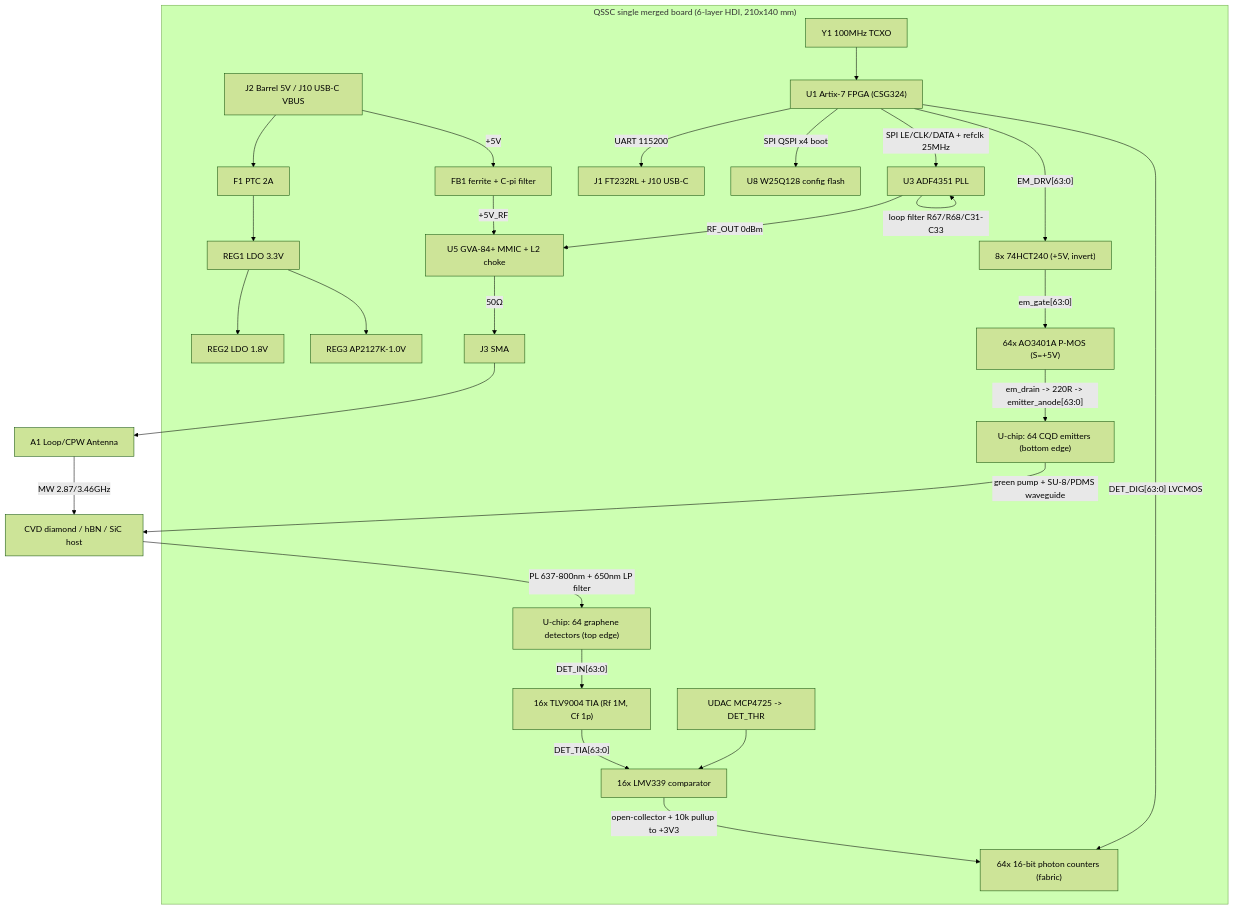
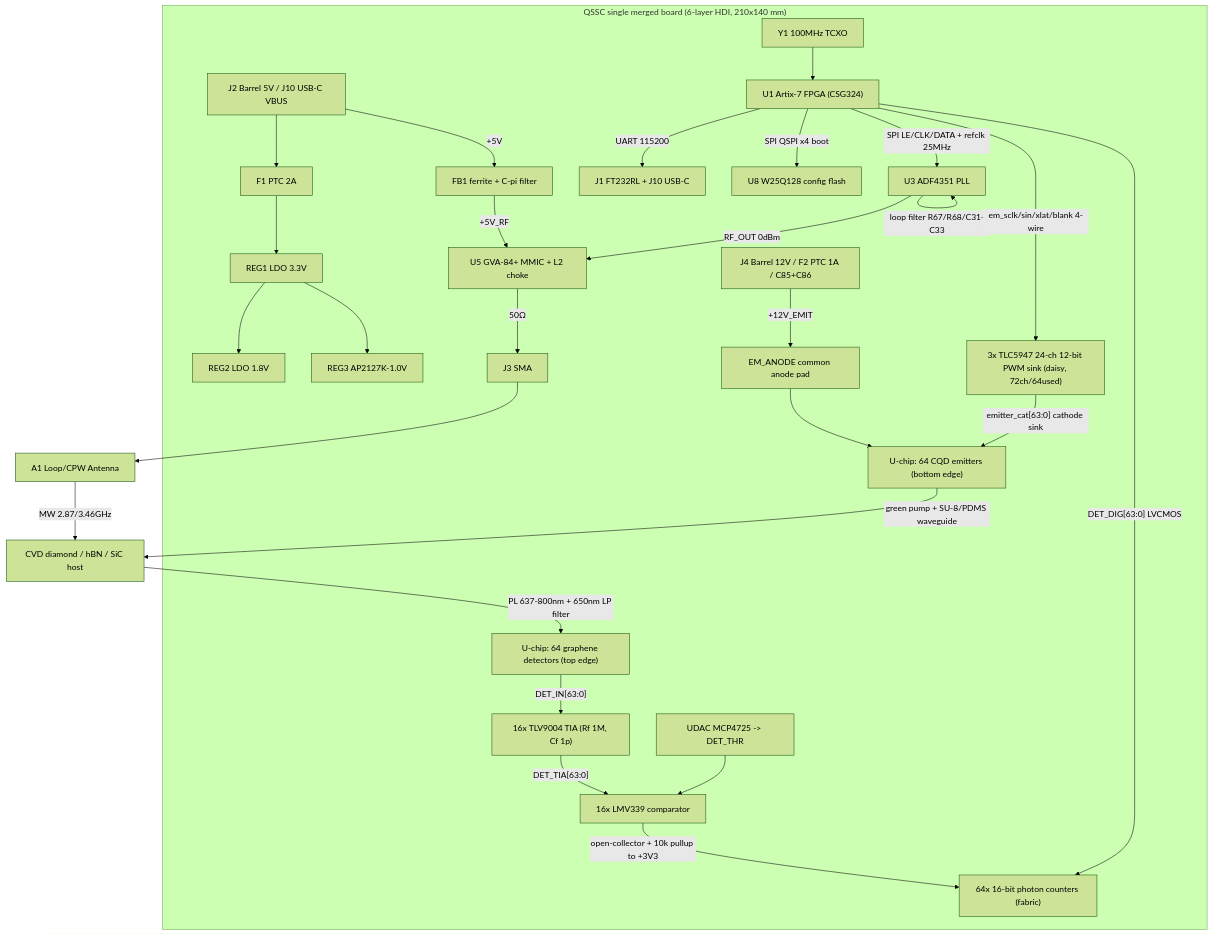
One commit to VABISMO/QSSC changed the first of 2 diagrams in hardware/HARDWARE_DESIGN.md. Above: the diagram before and after it, drawn with Mermaid (forest theme). The commit also changed other lines of this file and 1 other file, not shown here.

First line of the commit message:
docs(hardware): rewrite emitter driver to 3x TLC5947 + +12V_EMIT

````diff
--- a/hardware/HARDWARE_DESIGN.md
+++ b/hardware/HARDWARE_DESIGN.md
@@ -99,29 +122,30 @@
 ```mermaid
 flowchart TD
     subgraph Board["QSSC single merged board (6-layer HDI, 210x140 mm)"]
         J2["J2 Barrel 5V / J10 USB-C VBUS"] --> F1["F1 PTC 2A"] --> REG1["REG1 LDO 3.3V"]
         REG1 --> REG2["REG2 LDO 1.8V"]
         REG1 --> REG3["REG3 AP2127K-1.0V"]
         J2 -->|"+5V"| FB1["FB1 ferrite + C-pi filter"]
         Y1["Y1 100MHz TCXO"] --> U1["U1 Artix-7 FPGA (CSG324)"]
         U1 -->|"UART 115200"| J1["J1 FT232RL + J10 USB-C"]
         U1 -->|"SPI QSPI x4 boot"| W25["U8 W25Q128 config flash"]
         U1 -->|"SPI LE/CLK/DATA + refclk 25MHz"| U3["U3 ADF4351 PLL"]
         U3 -->|"loop filter R67/R68/C31-C33"| U3
         U3 -->|"RF_OUT 0dBm"| U5["U5 GVA-84+ MMIC + L2 choke"]
         FB1 -->|"+5V_RF"| U5
         U5 -->|"50Ω"| J3["J3 SMA"]
-        U1 -->|"EM_DRV[63:0]"| BUF["8x 74HCT240 (+5V, invert)"]
-        BUF -->|"em_gate[63:0]"| MOS["64x AO3401A P-MOS (S=+5V)"]
-        MOS -->|"em_drain -> 220R -> emitter_anode[63:0]"| CHIP_EM["U-chip: 64 CQD emitters (bottom edge)"]
+        U1 -->|"em_sclk/sin/xlat/blank 4-wire"| TLC["3x TLC5947 24-ch 12-bit PWM sink (daisy, 72ch/64used)"]
+        J4["J4 Barrel 12V / F2 PTC 1A / C85+C86"] -->|"+12V_EMIT"| ANODE["EM_ANODE common anode pad"]
+        TLC -->|"emitter_cat[63:0] cathode sink"| CHIP_EM["U-chip: 64 CQD emitters (bottom edge)"]
+        ANODE --> CHIP_EM
         U1 -->|"DET_DIG[63:0] LVCMOS"| CNT["64x 16-bit photon counters (fabric)"]
         DET["U-chip: 64 graphene detectors (top edge)"] -->|"DET_IN[63:0]"| TIA["16x TLV9004 TIA (Rf 1M, Cf 1p)"]
         TIA -->|"DET_TIA[63:0]"| CMP["16x LMV339 comparator"]
         DAC["UDAC MCP4725 -> DET_THR"] --> CMP
         CMP -->|"open-collector + 10k pullup to +3V3"| CNT
     end
     J3 --> A1["A1 Loop/CPW Antenna"]
     A1 -->|"MW 2.87/3.46GHz"| Sub["CVD diamond / hBN / SiC host"]
     CHIP_EM -->|"green pump + SU-8/PDMS waveguide"| Sub
     Sub -->|"PL 637-800nm + 650nm LP filter"| DET
 ```
````
